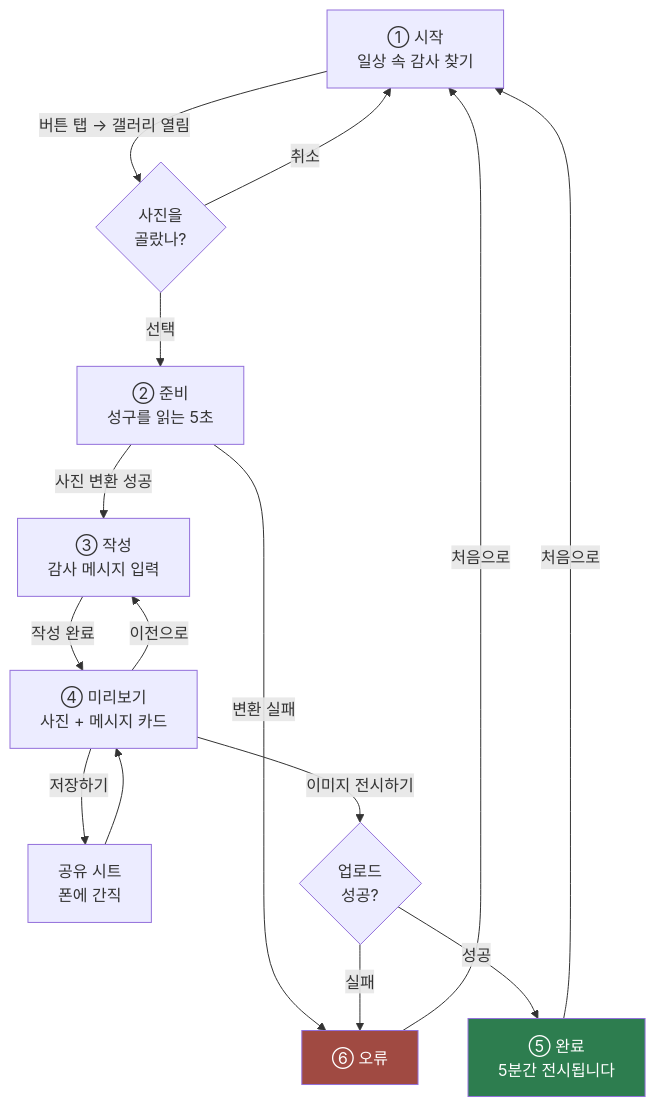
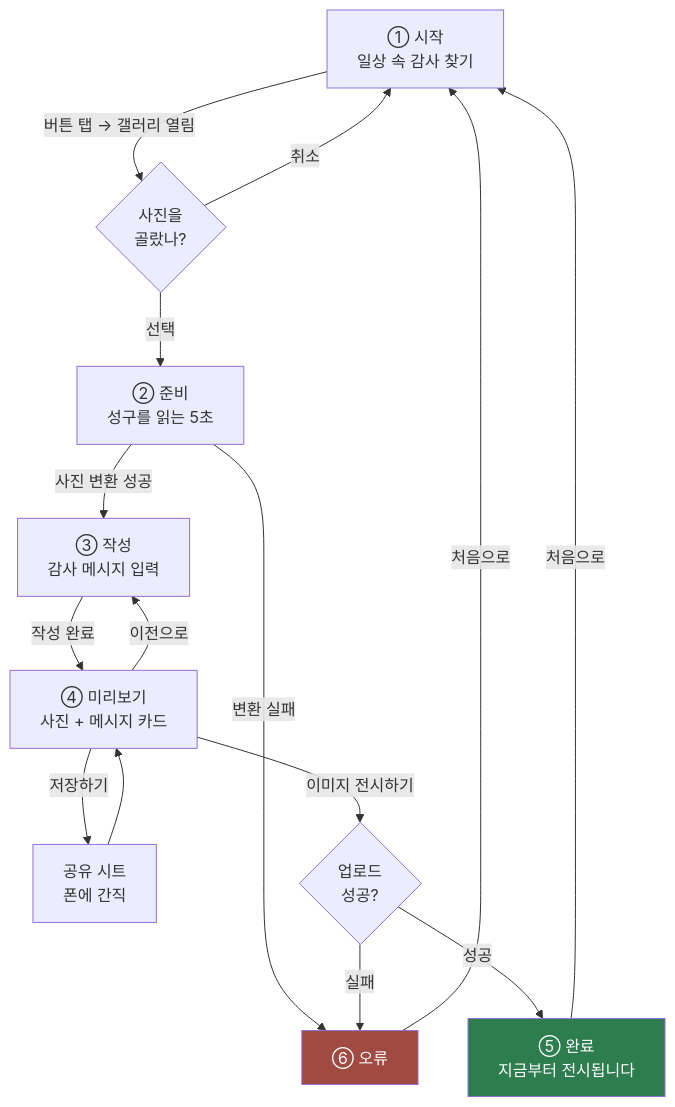
Before and after one commit to kingkiboots/glimpse-of-epiphany: the diagram in apps/mobile-web/README.md, drawn with Mermaid. The commit also changed other lines of this file and 11 other files, not shown here.

````diff
--- a/apps/mobile-web/README.md
+++ b/apps/mobile-web/README.md
@@ -17,24 +17,24 @@
 ```mermaid
 flowchart TD
     HOME["① 시작<br/>일상 속 감사 찾기"] -->|"버튼 탭 → 갤러리 열림"| PICK{"사진을<br/>골랐나?"}
     PICK -->|"취소"| HOME
     PICK -->|"선택"| PREP["② 준비<br/>성구를 읽는 5초"]
 
     PREP -->|"사진 변환 성공"| COMPOSE["③ 작성<br/>감사 메시지 입력"]
     PREP -->|"변환 실패"| ERROR["⑥ 오류"]
 
     COMPOSE -->|"작성 완료"| CONFIRM["④ 미리보기<br/>사진 + 메시지 카드"]
     CONFIRM -->|"이전으로"| COMPOSE
     CONFIRM -->|"저장하기"| SAVE["공유 시트<br/>폰에 간직"]
     SAVE --> CONFIRM
     CONFIRM -->|"이미지 전시하기"| UPLOAD{"업로드<br/>성공?"}
 
-    UPLOAD -->|"성공"| DONE["⑤ 완료<br/>5분간 전시됩니다"]
+    UPLOAD -->|"성공"| DONE["⑤ 완료<br/>지금부터 전시됩니다"]
     UPLOAD -->|"실패"| ERROR
 
     DONE -->|"처음으로"| HOME
     ERROR -->|"처음으로"| HOME
 
     style DONE fill:#2d7d4f,color:#fff
     style ERROR fill:#a04a42,color:#fff
 ```
````
